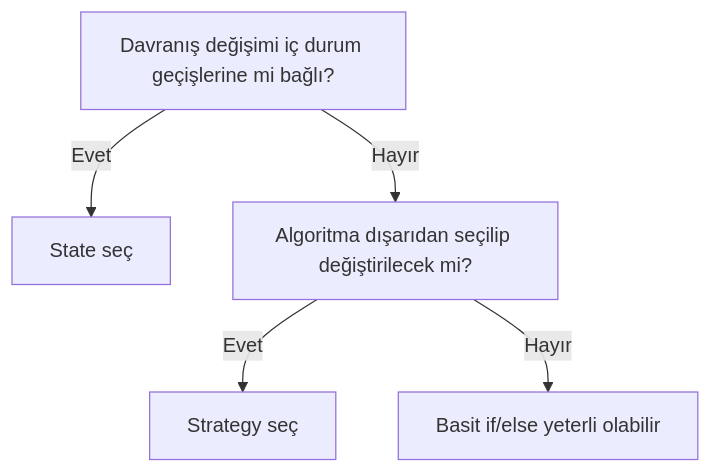
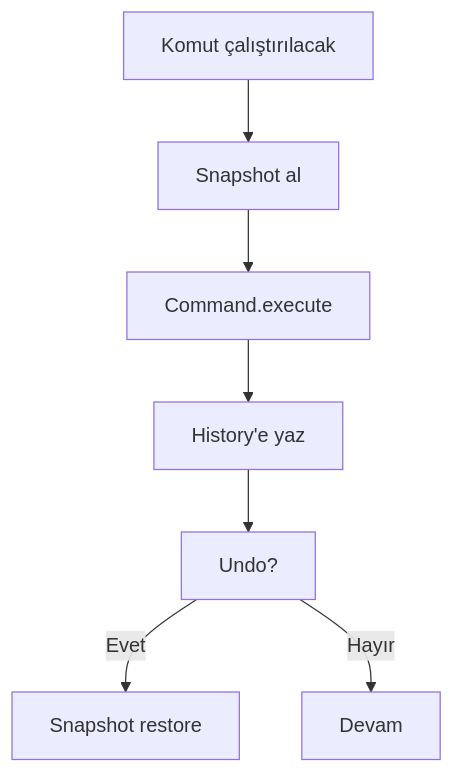
One commit to TunahanCan/design_pattern changed diagram 14 of 14 in BOOK.md. Above: the diagram before and after it, drawn with Mermaid. The commit also changed other lines of this file, not shown here.

Commit message:
docs: expand BOOK with engineer-focused explanations and diagrams

````diff
--- a/BOOK.md
+++ b/BOOK.md
@@ -751,7 +361,9 @@
 ```mermaid
 flowchart TD
-    Q1[Davranış değişimi iç durum geçişlerine mi bağlı?] -->|Evet| ST[State seç]
-    Q1 -->|Hayır| Q2[Algoritma dışarıdan seçilip değiştirilecek mi?]
-    Q2 -->|Evet| SG[Strategy seç]
-    Q2 -->|Hayır| Q3[Basit if/else yeterli olabilir]
+    A[Komut çalıştırılacak] --> B[Snapshot al]
+    B --> C[Command.execute]
+    C --> D[History'e yaz]
+    D --> E[Undo?]
+    E -->|Evet| F[Snapshot restore]
+    E -->|Hayır| G[Devam]
 ```
````
